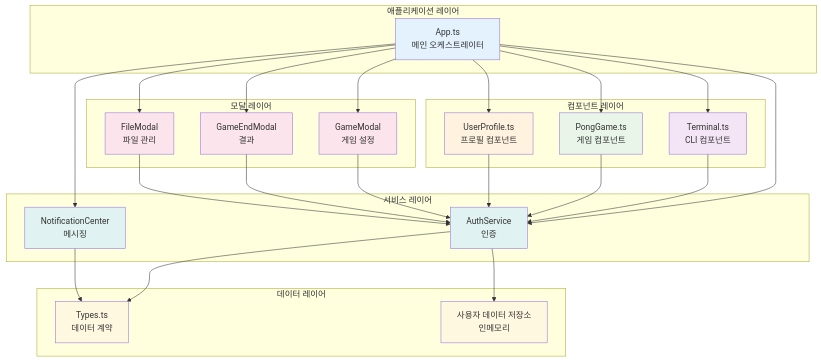
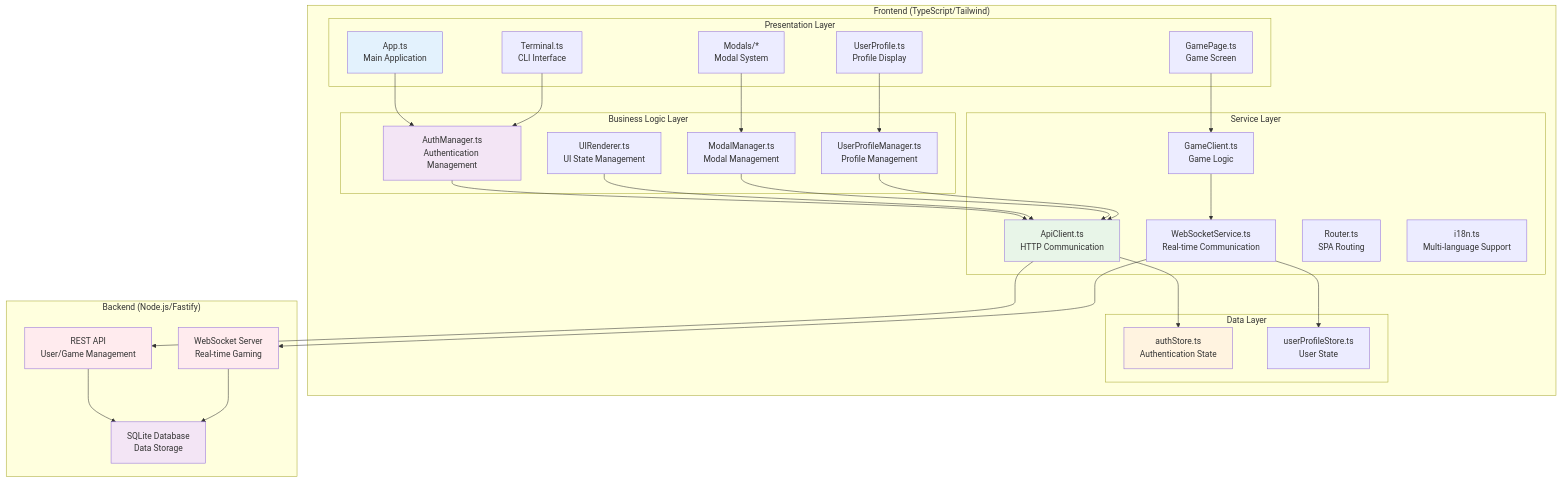
Before and after one commit to pong42-dev/ft_transcendence: the first of 4 diagrams in docs/front-docs/project-overview-architecture.md, drawn with Mermaid. The commit also changed other lines of this file and 5 other files, not shown here.

Commit message:
chore: Remove internationalization guide and update project overview and architecture documentation to reflect new project name, features, and architecture details for ft_transcendence.

````diff
--- a/docs/front-docs/project-overview-architecture.md
+++ b/docs/front-docs/project-overview-architecture.md
@@ -55,60 +75,66 @@
 ```mermaid
 graph TB
-    subgraph "애플리케이션 레이어"
-        A[App.ts<br/>메인 오케스트레이터]
+    subgraph "Frontend (TypeScript/Tailwind)"
+        subgraph "Presentation Layer"
+            A[App.ts<br/>Main Application]
+            B[Terminal.ts<br/>CLI Interface]
+            C[GamePage.ts<br/>Game Screen]
+            D[UserProfile.ts<br/>Profile Display]
+            E[Modals/*<br/>Modal System]
+        end
+        
+        subgraph "Business Logic Layer"
+            F[AuthManager.ts<br/>Authentication Management]
+            G[UIRenderer.ts<br/>UI State Management]
+            H[ModalManager.ts<br/>Modal Management]
+            I[UserProfileManager.ts<br/>Profile Management]
+        end
+        
+        subgraph "Service Layer"
+            J[ApiClient.ts<br/>HTTP Communication]
+            K[WebSocketService.ts<br/>Real-time Communication]
+            L[GameClient.ts<br/>Game Logic]
+            M[Router.ts<br/>SPA Routing]
+            N[i18n.ts<br/>Multi-language Support]
+        end
+        
+        subgraph "Data Layer"
+            O[authStore.ts<br/>Authentication State]
+            P[userProfileStore.ts<br/>User State]
+        end
     end
     
-    subgraph "컴포넌트 레이어"
-        B[Terminal.ts<br/>CLI 컴포넌트]
-        C[PongGame.ts<br/>게임 컴포넌트]
-        D[UserProfile.ts<br/>프로필 컴포넌트]
+    subgraph "Backend (Node.js/Fastify)"
+        Q[REST API<br/>User/Game Management]
+        R[WebSocket Server<br/>Real-time Gaming]
+        S[SQLite Database<br/>Data Storage]
     end
     
-    subgraph "모달 레이어"
-        E[GameModal<br/>게임 설정]
-        F[GameEndModal<br/>결과]
-        G[FileModal<br/>파일 관리]
-    end
+    A --> F
+    B --> F
+    C --> L
+    D --> I
+    E --> H
     
-    subgraph "서비스 레이어"
-        H[AuthService<br/>인증]
-        I[NotificationCenter<br/>메시징]
-    end
+    F --> J
+    G --> J
+    H --> J
+    I --> J
+    L --> K
     
-    subgraph "데이터 레이어"
-        J[Types.ts<br/>데이터 계약]
-        K[사용자 데이터 저장소<br/>인메모리]
-    end
+    J --> Q
+    K --> R
+    Q --> S
+    R --> S
     
-    A --> B
-    A --> C
-    A --> D
-    A --> E
-    A --> F
-    A --> G
-    A --> H
-    A --> I
-    
-    B --> H
-    C --> H
-    D --> H
-    E --> H
-    F --> H
-    G --> H
-    
-    H --> J
-    H --> K
-    I --> J
+    J --> O
+    K --> P
     
     style A fill:#e3f2fd
-    style B fill:#f3e5f5
-    style C fill:#e8f5e8
-    style D fill:#fff3e0
-    style E fill:#fce4ec
-    style F fill:#fce4ec
-    style G fill:#fce4ec
-    style H fill:#e0f2f1
-    style I fill:#e0f2f1
-    style J fill:#fff8e1
-    style K fill:#fff8e1
+    style F fill:#f3e5f5
+    style J fill:#e8f5e8
+    style O fill:#fff3e0
+    style Q fill:#ffebee
+    style R fill:#ffebee
+    style S fill:#f3e5f5
 ```
````
